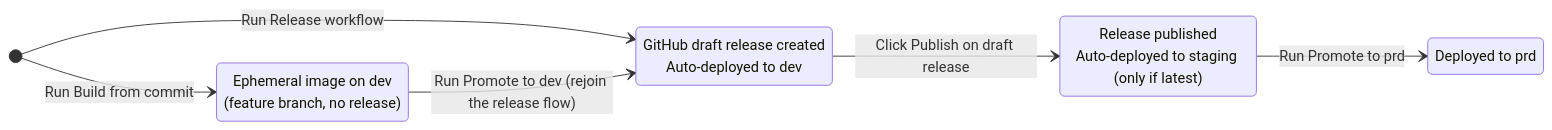
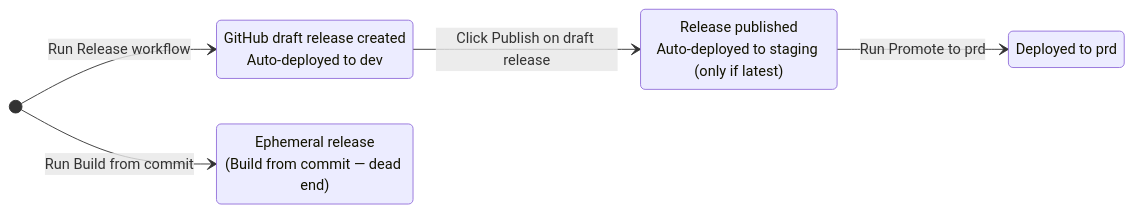
The first of 2 diagrams in docs/operations/release-flow.md (rodekruis/qualitative-feedback-analysis), drawn with Mermaid before and after one commit.

Commit message:
docs(release-flow): render Build from commit as a dead-end branch
Ephemeral release (Build from commit) forks from the start as its own dead end
with no path into the release pipeline, instead of falsely rejoining dev via
Promote to dev.

````diff
--- a/docs/operations/release-flow.md
+++ b/docs/operations/release-flow.md
@@ -9,14 +9,13 @@
 ```mermaid
 stateDiagram-v2
     direction LR
     state "GitHub draft release created<br/>Auto-deployed to dev" as Dev
     state "Release published<br/>Auto-deployed to staging (only if latest)" as Published
     state "Deployed to prd" as Prd
-    state "Ephemeral image on dev<br/>(feature branch, no release)" as Ephemeral
+    state "Ephemeral release<br/>(Build from commit — dead end)" as Ephemeral
 
     [*] --> Dev: Run Release workflow
     Dev --> Published: Click Publish on draft release
     Published --> Prd: Run Promote to prd
     [*] --> Ephemeral: Run Build from commit
-    Ephemeral --> Dev: Run Promote to dev (rejoin the release flow)
 ```
````
